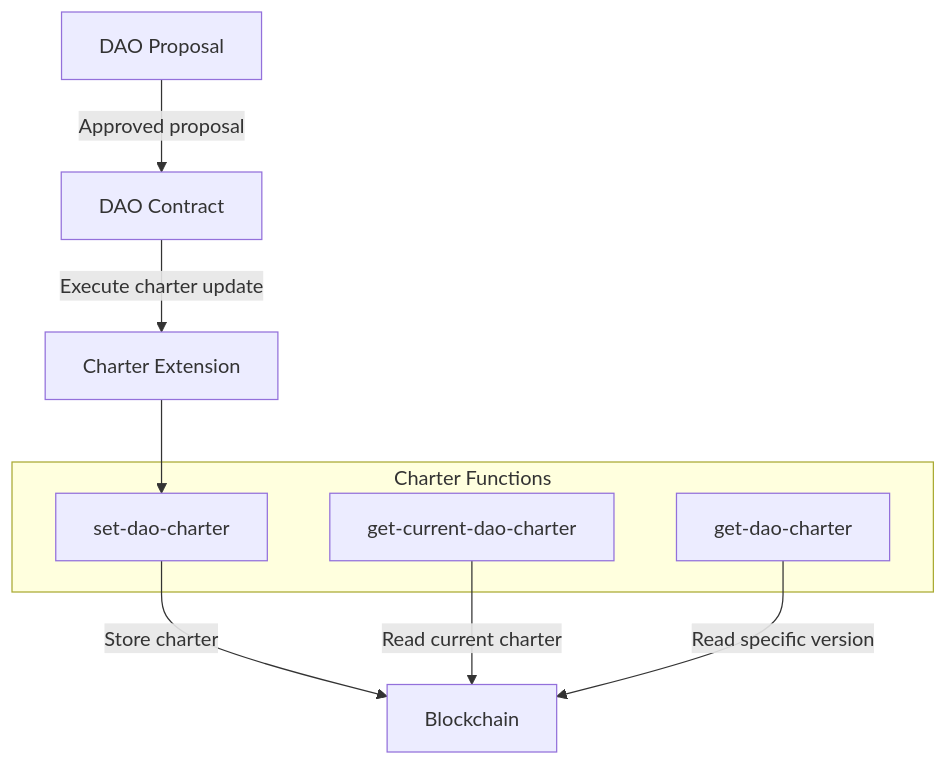
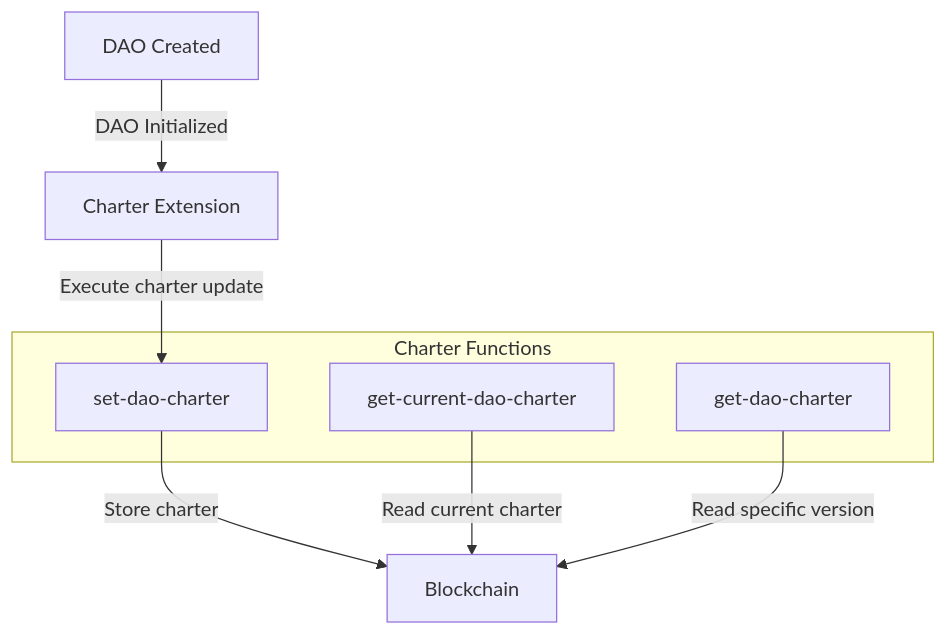
Before and after one commit to aibtcdev/aibtcdev-docs: the diagram in aibtc-contracts/dao-extensions/dao-charter.md, drawn with Mermaid. The commit also changed other lines of this file and 12 other files, not shown here.

````diff
--- a/aibtc-contracts/dao-extensions/dao-charter.md
+++ b/aibtc-contracts/dao-extensions/dao-charter.md
@@ -26,20 +31,18 @@
 ```mermaid
 flowchart TD
-    A["DAO Proposal"]
-    B["DAO Contract"]
-    C["Charter Extension"]
-    D["Blockchain"]
-    
+    A["DAO Created"]
+    B["Charter Extension"]
+    C["Blockchain"]
+
     subgraph Charter Functions
         CA["set-dao-charter"]
         CB["get-current-dao-charter"]
         CC["get-dao-charter"]
     end
-    
-    A -->|"Approved proposal"| B
-    B -->|"Execute charter update"| C
-    C --> CA
-    CA -->|"Store charter"| D
-    CB -->|"Read current charter"| D
-    CC -->|"Read specific version"| D
+
+    A -->|"DAO Initialized"| B
+    B -->|"Execute charter update"| CA
+    CA -->|"Store charter"| C
+    CB -->|"Read current charter"| C
+    CC -->|"Read specific version"| C
 ```
````
